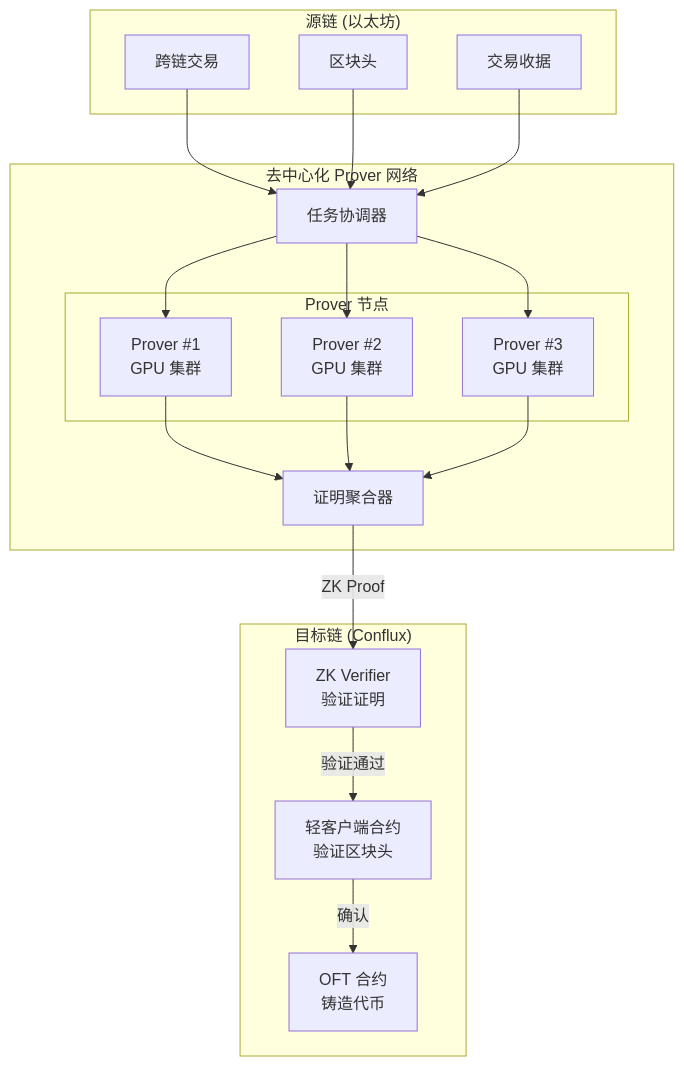
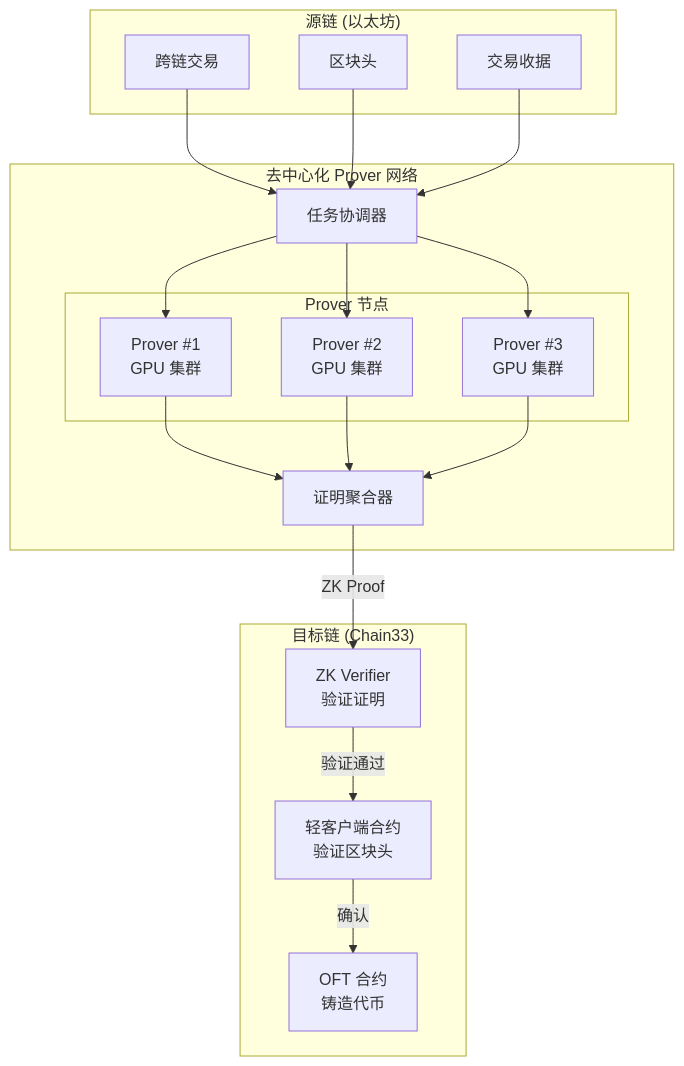
Before and after one commit to vipwzw/blockchain-doc: the second of 13 diagrams in LayerZero_跨链部署方案/ZK_跨链验证方案.md, drawn with Mermaid. The commit also changed other lines of this file and 9 other files, not shown here.

First line of the commit message:
refactor(LayerZero): 将 Conflux/CFX 替换为 Chain33/Coin33

````diff
--- a/LayerZero_跨链部署方案/ZK_跨链验证方案.md
+++ b/LayerZero_跨链部署方案/ZK_跨链验证方案.md
@@ -48,40 +48,40 @@
 ```mermaid
 flowchart TB
     subgraph SourceChain["源链 (以太坊)"]
         TX[跨链交易]
         Block[区块头]
         Receipt[交易收据]
     end
 
     subgraph ProverNetwork["去中心化 Prover 网络"]
         subgraph Provers["Prover 节点"]
             P1[Prover #1<br/>GPU 集群]
             P2[Prover #2<br/>GPU 集群]
             P3[Prover #3<br/>GPU 集群]
         end
         Coordinator[任务协调器]
         Aggregator[证明聚合器]
     end
 
-    subgraph TargetChain["目标链 (Conflux)"]
+    subgraph TargetChain["目标链 (Chain33)"]
         LightClient[轻客户端合约<br/>验证区块头]
         ZKVerifier[ZK Verifier<br/>验证证明]
         OFT[OFT 合约<br/>铸造代币]
     end
 
     TX --> Coordinator
     Block --> Coordinator
     Receipt --> Coordinator
     
     Coordinator --> P1
     Coordinator --> P2
     Coordinator --> P3
     
     P1 --> Aggregator
     P2 --> Aggregator
     P3 --> Aggregator
     
     Aggregator -->|ZK Proof| ZKVerifier
     ZKVerifier -->|验证通过| LightClient
     LightClient -->|确认| OFT
 ```
````
